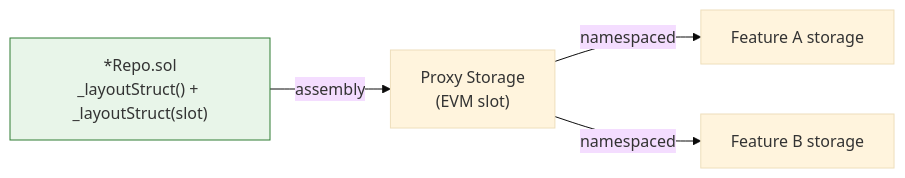
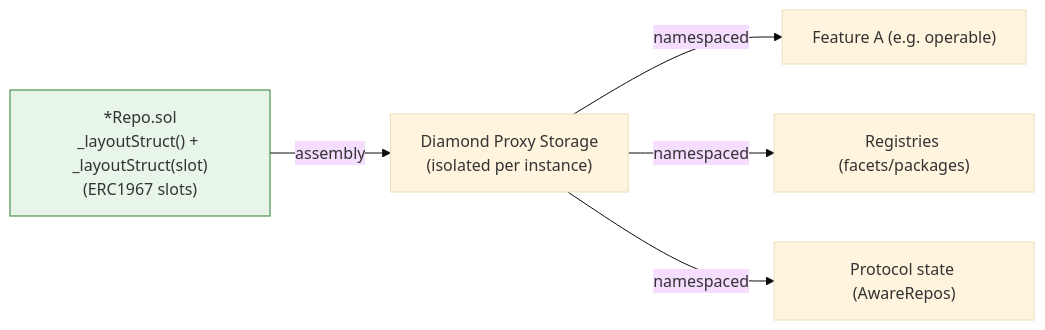
The diagram in docs/concepts/storage-slots.md (cyotee/crane), drawn with Mermaid (base theme) before and after one commit. The commit also changed other lines of this file and 22255 other files, not shown here.

````diff
--- a/docs/concepts/storage-slots.md
+++ b/docs/concepts/storage-slots.md
@@ -52,9 +103,10 @@
 ```mermaid
 flowchart LR
-    Repo["*Repo.sol<br/>_layoutStruct() + _layoutStruct(slot)"] -->|assembly| ProxyStorage["Proxy Storage<br/>(EVM slot)"]
-    ProxyStorage -->|namespaced| FeatureA["Feature A storage"]
-    ProxyStorage -->|namespaced| FeatureB["Feature B storage"]
+    Repo["*Repo.sol<br/>_layoutStruct() + _layoutStruct(slot)<br/>(ERC1967 slots)"] -->|assembly| ProxyStorage["Diamond Proxy Storage<br/>(isolated per instance)"]
+    ProxyStorage -->|namespaced| FeatureA["Feature A (e.g. operable)"]
+    ProxyStorage -->|namespaced| Registries["Registries (facets/packages)"]
+    ProxyStorage -->|namespaced| FeatureB["Protocol state (AwareRepos)"]
 
     classDef repo fill:#e8f5e9,stroke:#2e7d32
     class Repo repo
 ```
````
